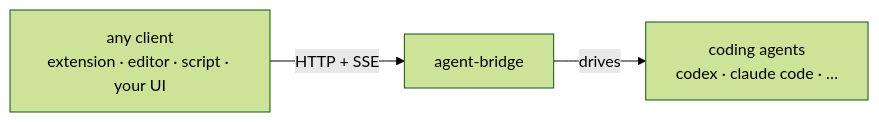
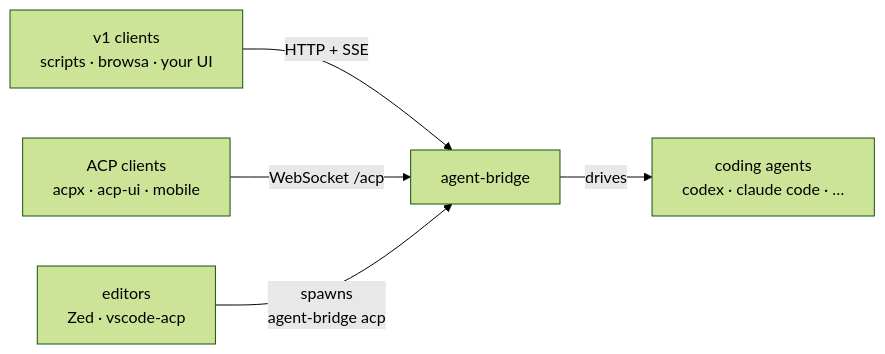
Before and after one commit to xiaohuzai/agent-bridge: the first of 2 diagrams in README.md, drawn with Mermaid (forest theme). The commit also changed other lines of this file and 1 other file, not shown here.

````diff
--- a/README.md
+++ b/README.md
@@ -19,5 +19,7 @@
 ```mermaid
 flowchart LR
-    C["any client<br/>extension · editor · script · your UI"] -->|"HTTP + SSE"| B["agent-bridge"]
+    V["v1 clients<br/>scripts · browsa · your UI"] -->|"HTTP + SSE"| B["agent-bridge"]
+    W["ACP clients<br/>acpx · acp-ui · mobile"] -->|"WebSocket /acp"| B
+    E["editors<br/>Zed · vscode-acp"] -->|"spawns<br/>agent-bridge acp"| B
     B -->|drives| A["coding agents<br/>codex · claude code · …"]
 ```
````
